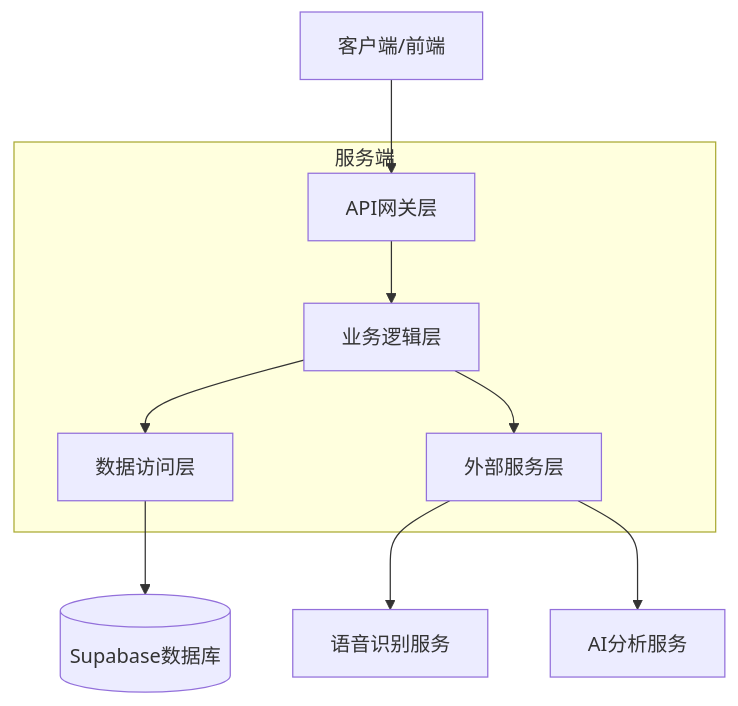
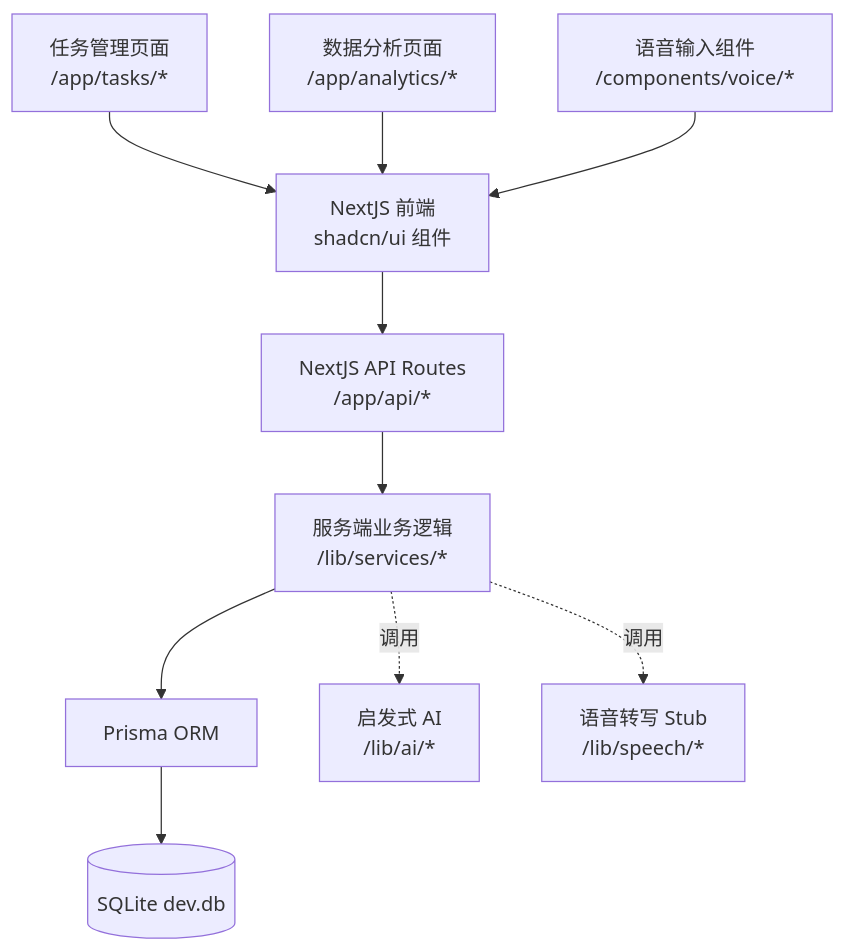
The first of 2 diagrams in .trae/documents/AI语音管家技术架构文档.md (chasey-agi/ai-priority-scheduler), drawn with Mermaid before and after one commit. The commit also changed other lines of this file and 77 other files, not shown here.

````diff
--- a/.trae/documents/AI语音管家技术架构文档.md
+++ b/.trae/documents/AI语音管家技术架构文档.md
@@ -128,17 +21,28 @@
 ```mermaid
-graph TD
-  A[客户端/前端] --> B[API网关层]
-  B --> C[业务逻辑层]
-  C --> D[数据访问层]
-  D --> E[(Supabase数据库)]
-  C --> F[外部服务层]
-  F --> G[语音识别服务]
-  F --> H[AI分析服务]
-  
-  subgraph 服务端
-    B
-    C
-    D
-    F
-  end
+flowchart TD
+  A[NextJS 前端
+  shadcn/ui 组件]
+  B[NextJS API Routes
+  /app/api/*]
+  C[服务端业务逻辑
+  /lib/services/*]
+  D[Prisma ORM]
+  E[(SQLite dev.db)]
+  F[启发式 AI
+  /lib/ai/*]
+  G[语音转写 Stub
+  /lib/speech/*]
+  H[任务管理页面
+  /app/tasks/*]
+  I[数据分析页面
+  /app/analytics/*]
+  J[语音输入组件
+  /components/voice/*]
+
+  A --> B --> C --> D --> E
+  C -. 调用 .-> F
+  C -. 调用 .-> G
+  H --> A
+  I --> A
+  J --> A
 ```
````
